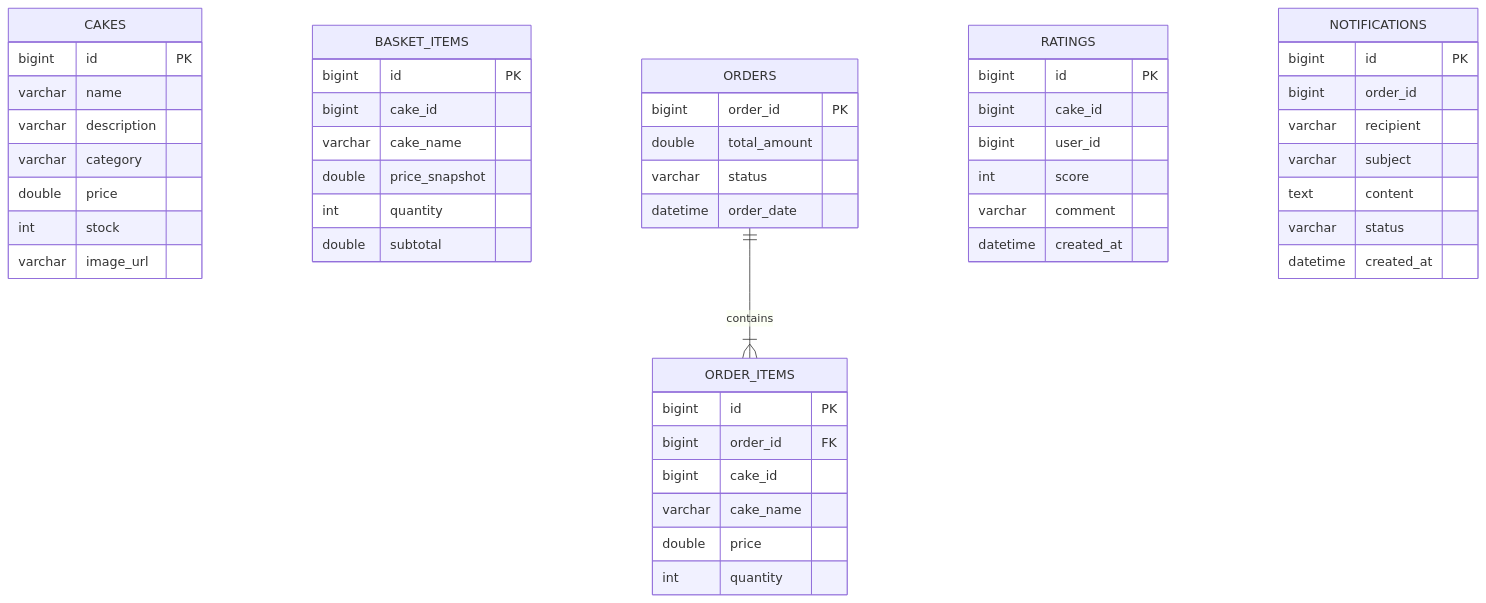
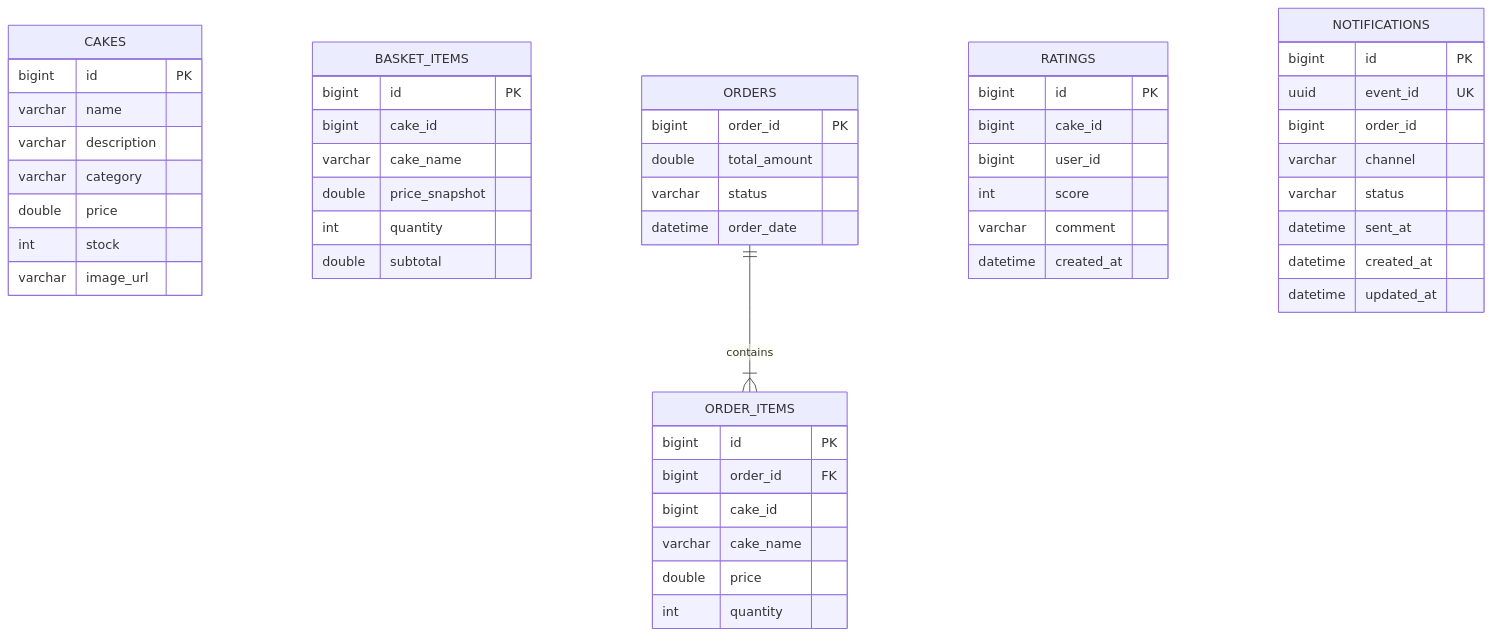
Before and after one commit to prathibha-15/Cake-Delight-: the third of 3 diagrams in docs/architecture.md, drawn with Mermaid. The commit also changed other lines of this file and 1 other file, not shown here.

Commit message:
docs: update architecture and event schema for consistency

````diff
--- a/docs/architecture.md
+++ b/docs/architecture.md
@@ -118,58 +118,59 @@
 ```mermaid
 erDiagram
     CAKES {
         bigint id PK
         varchar name
         varchar description
         varchar category
         double price
         int stock
         varchar image_url
     }
 
     BASKET_ITEMS {
         bigint id PK
         bigint cake_id
         varchar cake_name
         double price_snapshot
         int quantity
         double subtotal
     }
 
     ORDERS {
         bigint order_id PK
         double total_amount
         varchar status
         datetime order_date
     }
 
     ORDER_ITEMS {
         bigint id PK
         bigint order_id FK
         bigint cake_id
         varchar cake_name
         double price
         int quantity
     }
 
     RATINGS {
         bigint id PK
         bigint cake_id
         bigint user_id
         int score
         varchar comment
         datetime created_at
     }
 
     NOTIFICATIONS {
         bigint id PK
+        uuid event_id UK
         bigint order_id
-        varchar recipient
-        varchar subject
-        text content
+        varchar channel
         varchar status
+        datetime sent_at
         datetime created_at
+        datetime updated_at
     }
 
     ORDERS ||--|{ ORDER_ITEMS : contains
 ```
````
